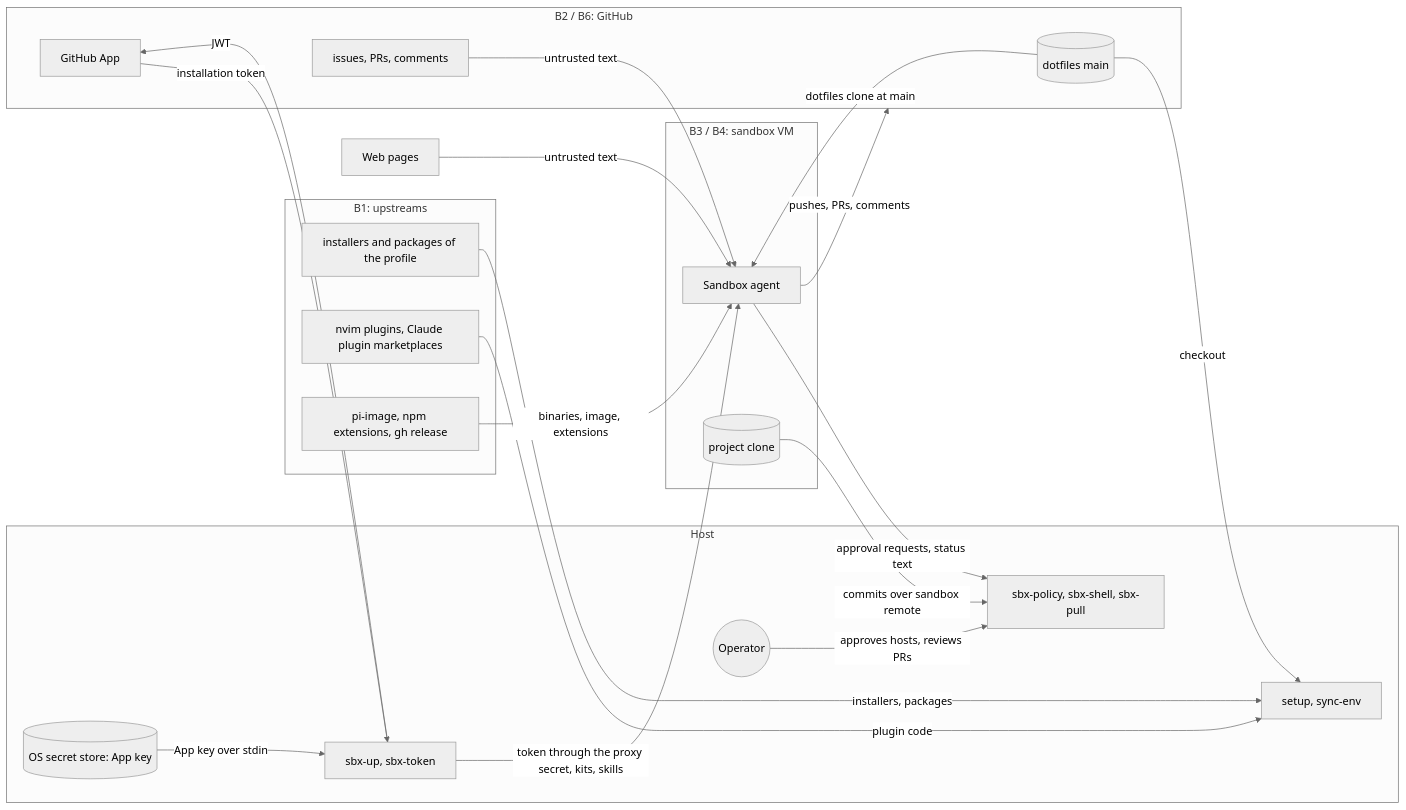
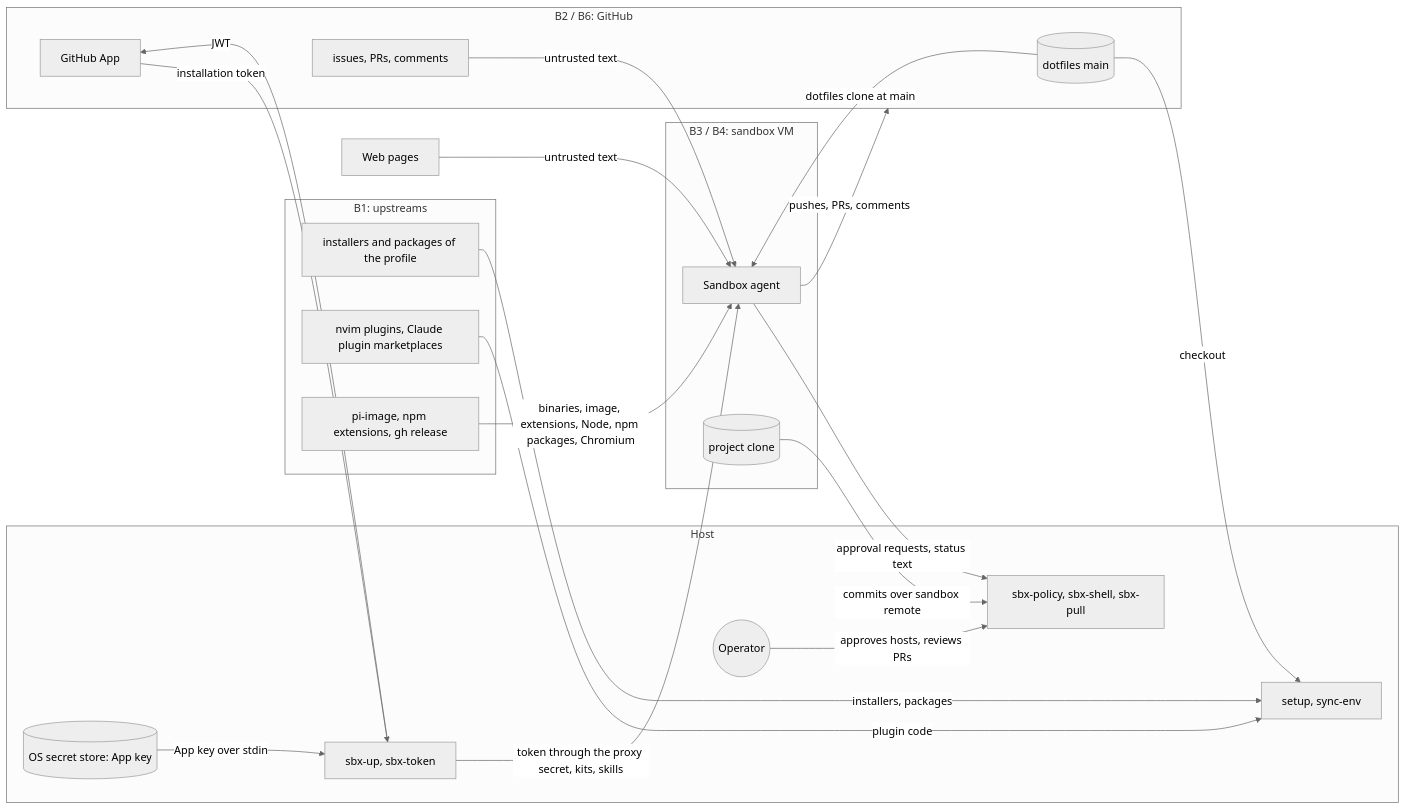
One commit to domtriola/dotfiles changed the diagram in docs/threat-model/product.md. Above: the diagram before and after it, drawn with Mermaid (neutral theme). The commit also changed other lines of this file and 5 other files, not shown here.

````diff
--- a/docs/threat-model/product.md
+++ b/docs/threat-model/product.md
@@ -92,41 +94,41 @@
 ```mermaid
 flowchart LR
   subgraph Internet["B1: upstreams"]
     brew[installers and packages of the profile]
     plugins[nvim plugins, Claude plugin marketplaces]
     image[pi-image, npm extensions, gh release]
   end
   subgraph GitHub["B2 / B6: GitHub"]
     main[(dotfiles main)]
     issues[issues, PRs, comments]
     app[GitHub App]
   end
   subgraph Host["Host"]
     op((Operator))
     setup[setup, sync-env]
     sbxup[sbx-up, sbx-token]
     keychain[(OS secret store: App key)]
     policy[sbx-policy, sbx-shell, sbx-pull]
   end
   subgraph Sandbox["B3 / B4: sandbox VM"]
     agent[Sandbox agent]
     clone[(project clone)]
   end
   web[Web pages]
 
   brew -- installers, packages --> setup
   plugins -- plugin code --> setup
   main -- checkout --> setup
   keychain -- App key over stdin --> sbxup
   sbxup -- JWT --> app
   app -- installation token --> sbxup
   sbxup -- token through the proxy secret, kits, skills --> agent
   main -- dotfiles clone at main --> agent
-  image -- binaries, image, extensions --> agent
+  image -- binaries, image, extensions, Node, npm packages, Chromium --> agent
   issues -- untrusted text --> agent
   web -- untrusted text --> agent
   agent -- pushes, PRs, comments --> GitHub
   agent -- approval requests, status text --> policy
   clone -- commits over sandbox remote --> policy
   op -- approves hosts, reviews PRs --> policy
 ```
````
